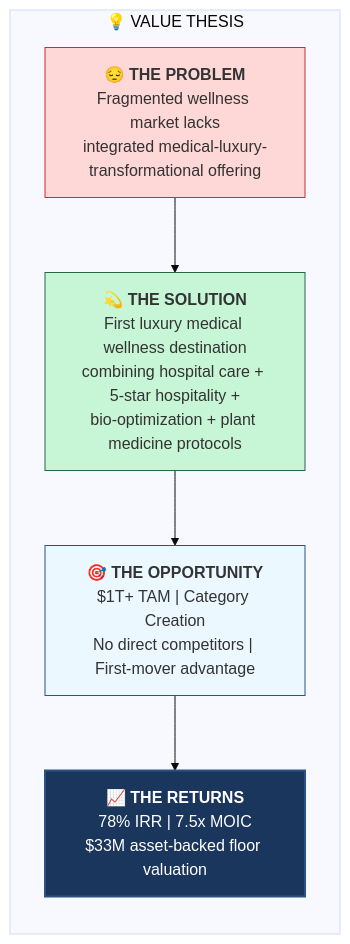
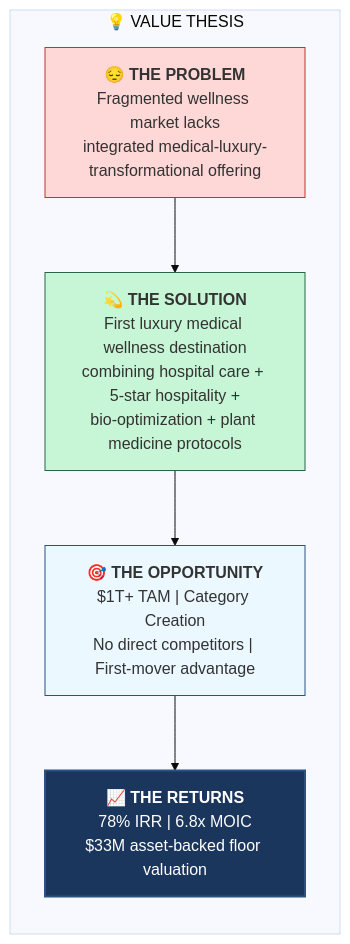
The second of 37 diagrams in docs/pitch-packet/AI_VALUATION_REPORT_VISUAL.md (Light-Brands/epic-center), drawn with Mermaid before and after one commit. The commit also changed other lines of this file and 65 other files, not shown here.

````diff
--- a/docs/pitch-packet/AI_VALUATION_REPORT_VISUAL.md
+++ b/docs/pitch-packet/AI_VALUATION_REPORT_VISUAL.md
@@ -84,22 +84,22 @@
 ```mermaid
 %%{init: {'theme': 'base'}}%%
 flowchart TB
     subgraph THESIS["💡 VALUE THESIS"]
         direction TB
 
         PROBLEM["😔 <b>THE PROBLEM</b><br/>Fragmented wellness market lacks<br/>integrated medical-luxury-transformational offering"]
 
         SOLUTION["💫 <b>THE SOLUTION</b><br/>First luxury medical wellness destination<br/>combining hospital care + 5-star hospitality +<br/>bio-optimization + plant medicine protocols"]
 
         OPPORTUNITY["🎯 <b>THE OPPORTUNITY</b><br/>$1T+ TAM | Category Creation<br/>No direct competitors | First-mover advantage"]
 
-        RETURNS["📈 <b>THE RETURNS</b><br/>78% IRR | 7.5x MOIC<br/>$33M asset-backed floor valuation"]
+        RETURNS["📈 <b>THE RETURNS</b><br/>78% IRR | 6.8x MOIC<br/>$33M asset-backed floor valuation"]
 
         PROBLEM --> SOLUTION --> OPPORTUNITY --> RETURNS
     end
 
     style PROBLEM fill:#fed7d7,stroke:#c53030
     style SOLUTION fill:#c6f6d5,stroke:#276749
     style OPPORTUNITY fill:#ebf8ff,stroke:#2c5282
     style RETURNS fill:#1a365d,stroke:#2c5282,stroke-width:2px,color:#fff
 ```
````
